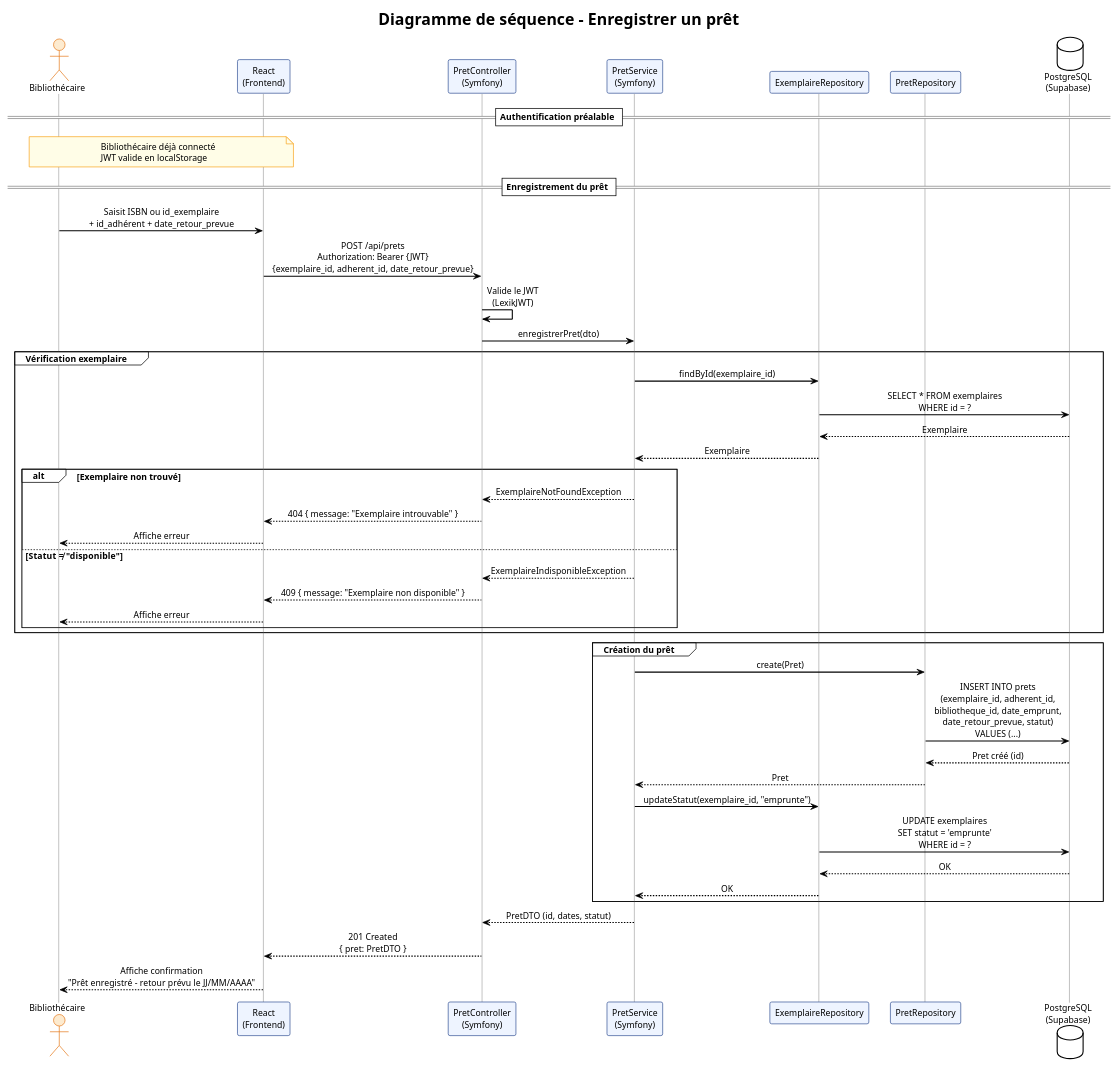
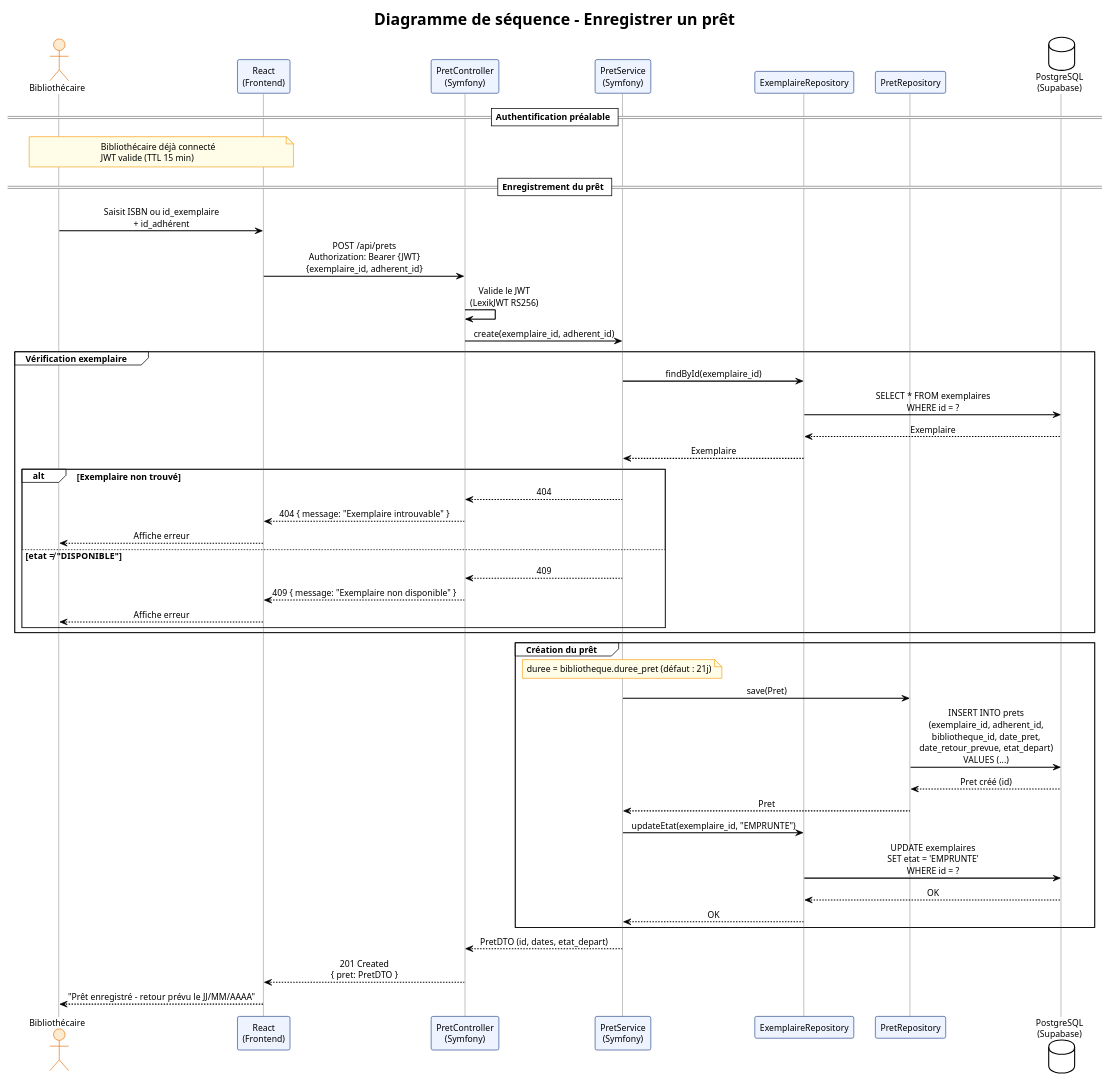
Before and after one commit to GregorySpro/Biblitech: the first of 3 diagrams in conception/uml/BiblioTech-Sequences.puml, drawn with PlantUML. The commit also changed other lines of this file and 27 other files, not shown here.

Commit message:
docs: finalize dossier — coherence review, unified TOC, UML annexes, CI/deploy screenshots

```diff
--- a/conception/uml/BiblioTech-Sequences.puml
+++ b/conception/uml/BiblioTech-Sequences.puml
@@ -1,71 +1,72 @@
 @startuml BiblioTech-Sequence-Pret
 !theme plain
 skinparam sequenceMessageAlign center
 skinparam responseMessageBelowArrow true
 skinparam defaultFontName Calibri
 skinparam defaultFontSize 12
 skinparam shadowing false
 skinparam sequenceArrowThickness 1.5
 skinparam sequenceParticipantBorderColor #3B5998
 skinparam sequenceParticipantBackgroundColor #EEF4FF
 skinparam sequenceActorBackgroundColor #FDEBD0
 skinparam sequenceActorBorderColor #E67E22
 skinparam sequenceLifeLineBorderColor #AAAAAA
 skinparam noteBackgroundColor #FFFDE7
 skinparam noteBorderColor #F9A825
 
 title Diagramme de séquence – Enregistrer un prêt
 
 actor "Bibliothécaire" as BIBLIO
 participant "React\n(Frontend)" as FRONT
 participant "PretController\n(Symfony)" as CTRL
 participant "PretService\n(Symfony)" as SVC
 participant "ExemplaireRepository" as REPO_EX
 participant "PretRepository" as REPO_PR
 database "PostgreSQL\n(Supabase)" as DB
 
 == Authentification préalable ==
-note over BIBLIO, FRONT: Bibliothécaire déjà connecté\nJWT valide en localStorage
+note over BIBLIO, FRONT: Bibliothécaire déjà connecté\nJWT valide (TTL 15 min)
 
 == Enregistrement du prêt ==
 
-BIBLIO -> FRONT : Saisit ISBN ou id_exemplaire\n+ id_adhérent + date_retour_prevue
-FRONT -> CTRL : POST /api/prets\nAuthorization: Bearer {JWT}\n{exemplaire_id, adherent_id, date_retour_prevue}
+BIBLIO -> FRONT : Saisit ISBN ou id_exemplaire\n+ id_adhérent
+FRONT -> CTRL : POST /api/prets\nAuthorization: Bearer {JWT}\n{exemplaire_id, adherent_id}
 
-CTRL -> CTRL : Valide le JWT\n(LexikJWT)
-CTRL -> SVC : enregistrerPret(dto)
+CTRL -> CTRL : Valide le JWT\n(LexikJWT RS256)
+CTRL -> SVC : create(exemplaire_id, adherent_id)
 
 group Vérification exemplaire
     SVC -> REPO_EX : findById(exemplaire_id)
     REPO_EX -> DB : SELECT * FROM exemplaires\nWHERE id = ?
     DB --> REPO_EX : Exemplaire
     REPO_EX --> SVC : Exemplaire
 
     alt Exemplaire non trouvé
-        SVC --> CTRL : ExemplaireNotFoundException
+        SVC --> CTRL : 404
         CTRL --> FRONT : 404 { message: "Exemplaire introuvable" }
         FRONT --> BIBLIO : Affiche erreur
-    else Statut ≠ "disponible"
-        SVC --> CTRL : ExemplaireIndisponibleException
+    else etat ≠ "DISPONIBLE"
+        SVC --> CTRL : 409
         CTRL --> FRONT : 409 { message: "Exemplaire non disponible" }
         FRONT --> BIBLIO : Affiche erreur
     end
 end
 
 group Création du prêt
-    SVC -> REPO_PR : create(Pret)
-    REPO_PR -> DB : INSERT INTO prets\n(exemplaire_id, adherent_id,\nbibliotheque_id, date_emprunt,\ndate_retour_prevue, statut)\nVALUES (...)
+    note over SVC : duree = bibliotheque.duree_pret (défaut : 21j)
+    SVC -> REPO_PR : save(Pret)
+    REPO_PR -> DB : INSERT INTO prets\n(exemplaire_id, adherent_id,\nbibliotheque_id, date_pret,\ndate_retour_prevue, etat_depart)\nVALUES (...)
     DB --> REPO_PR : Pret créé (id)
     REPO_PR --> SVC : Pret
 
-    SVC -> REPO_EX : updateStatut(exemplaire_id, "emprunte")
-    REPO_EX -> DB : UPDATE exemplaires\nSET statut = 'emprunte'\nWHERE id = ?
+    SVC -> REPO_EX : updateEtat(exemplaire_id, "EMPRUNTE")
+    REPO_EX -> DB : UPDATE exemplaires\nSET etat = 'EMPRUNTE'\nWHERE id = ?
     DB --> REPO_EX : OK
     REPO_EX --> SVC : OK
 end
 
-SVC --> CTRL : PretDTO (id, dates, statut)
+SVC --> CTRL : PretDTO (id, dates, etat_depart)
 CTRL --> FRONT : 201 Created\n{ pret: PretDTO }
-FRONT --> BIBLIO : Affiche confirmation\n"Prêt enregistré – retour prévu le JJ/MM/AAAA"
+FRONT --> BIBLIO : "Prêt enregistré – retour prévu le JJ/MM/AAAA"
 
 @enduml
```
